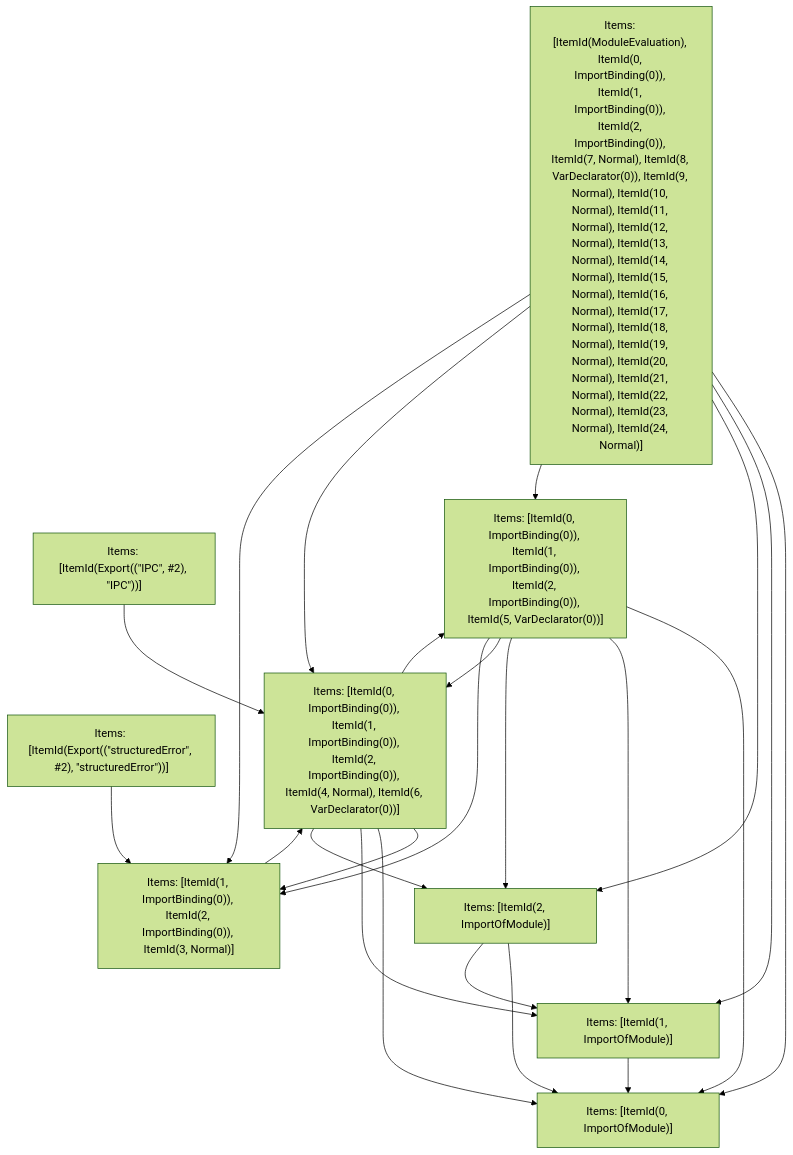
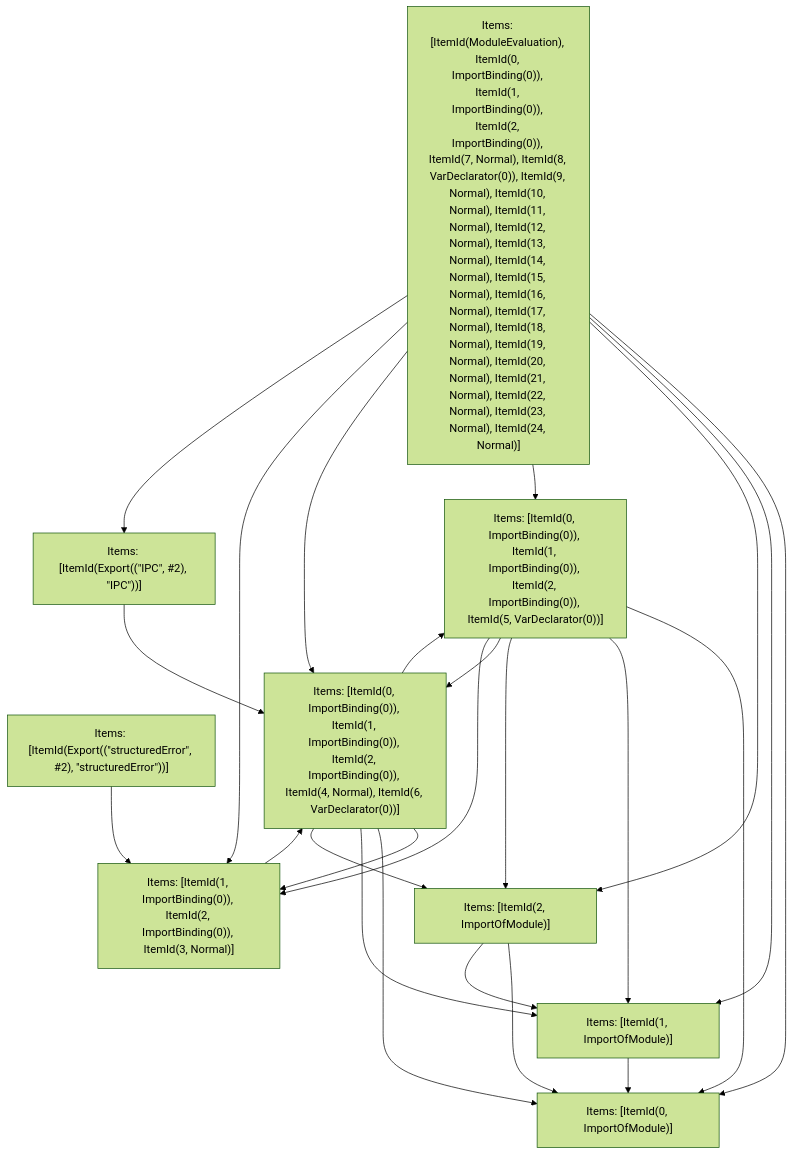
The fifth of 5 diagrams in crates/turbopack-ecmascript/tests/tree-shaker/analyzer/failed-3/output.md (vercel/turborepo), drawn with Mermaid (forest theme) before and after one commit. The commit also changed other lines of this file and 22 other files, not shown here.

````diff
--- a/crates/turbopack-ecmascript/tests/tree-shaker/analyzer/failed-3/output.md
+++ b/crates/turbopack-ecmascript/tests/tree-shaker/analyzer/failed-3/output.md
@@ -1600,34 +1606,35 @@
 ```mermaid
 graph TD
     N0["Items: [ItemId(ModuleEvaluation), ItemId(0, ImportBinding(0)), ItemId(1, ImportBinding(0)), ItemId(2, ImportBinding(0)), ItemId(7, Normal), ItemId(8, VarDeclarator(0)), ItemId(9, Normal), ItemId(10, Normal), ItemId(11, Normal), ItemId(12, Normal), ItemId(13, Normal), ItemId(14, Normal), ItemId(15, Normal), ItemId(16, Normal), ItemId(17, Normal), ItemId(18, Normal), ItemId(19, Normal), ItemId(20, Normal), ItemId(21, Normal), ItemId(22, Normal), ItemId(23, Normal), ItemId(24, Normal)]"];
     N1["Items: [ItemId(Export((&quot;structuredError&quot;, #2), &quot;structuredError&quot;))]"];
     N2["Items: [ItemId(Export((&quot;IPC&quot;, #2), &quot;IPC&quot;))]"];
     N3["Items: [ItemId(0, ImportOfModule)]"];
     N4["Items: [ItemId(1, ImportOfModule)]"];
     N5["Items: [ItemId(2, ImportOfModule)]"];
     N6["Items: [ItemId(1, ImportBinding(0)), ItemId(2, ImportBinding(0)), ItemId(3, Normal)]"];
     N7["Items: [ItemId(0, ImportBinding(0)), ItemId(1, ImportBinding(0)), ItemId(2, ImportBinding(0)), ItemId(5, VarDeclarator(0))]"];
     N8["Items: [ItemId(0, ImportBinding(0)), ItemId(1, ImportBinding(0)), ItemId(2, ImportBinding(0)), ItemId(4, Normal), ItemId(6, VarDeclarator(0))]"];
     N0 --> N3;
     N0 --> N4;
     N0 --> N5;
     N0 --> N7;
     N0 --> N8;
     N0 --> N6;
+    N0 --> N2;
     N1 --> N6;
     N2 --> N8;
     N4 --> N3;
     N5 --> N3;
     N5 --> N4;
     N6 --> N8;
     N7 --> N3;
     N7 --> N4;
     N7 --> N5;
     N7 --> N8;
     N7 --> N6;
     N8 --> N6;
     N8 --> N7;
     N8 --> N3;
     N8 --> N4;
     N8 --> N5;
 ```
````
